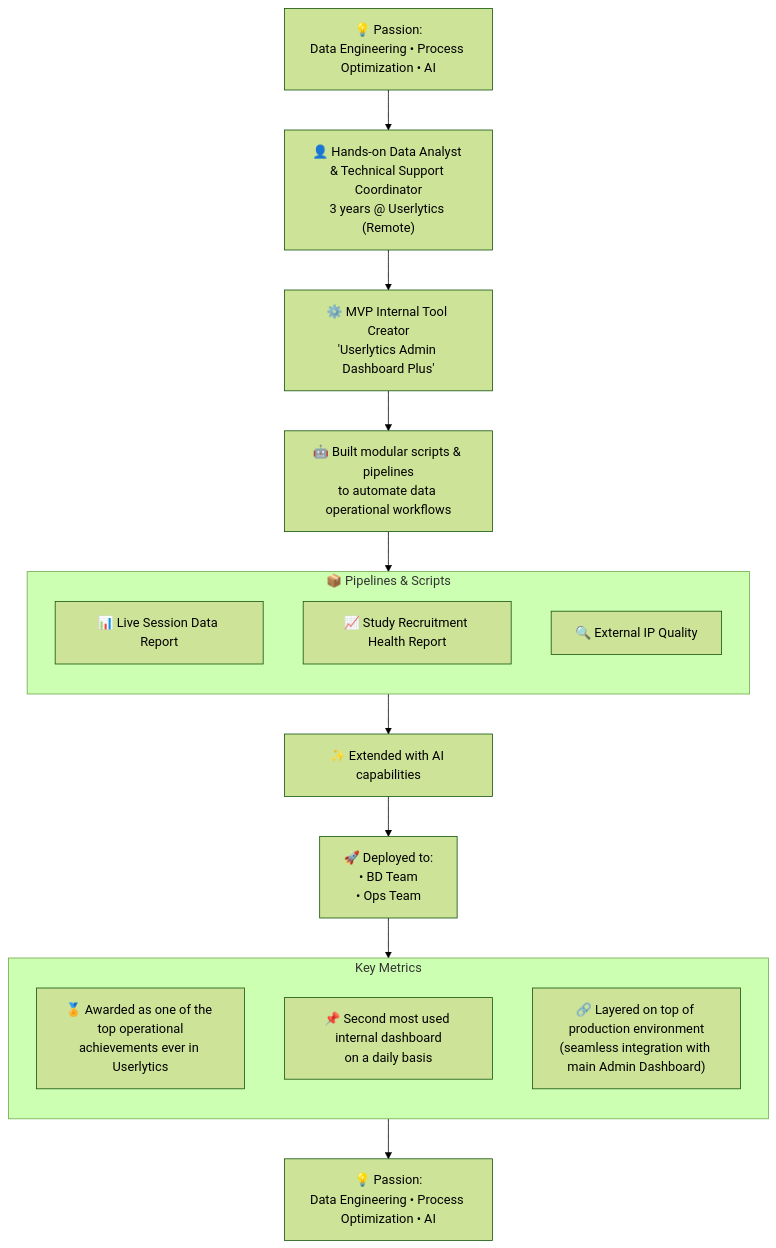
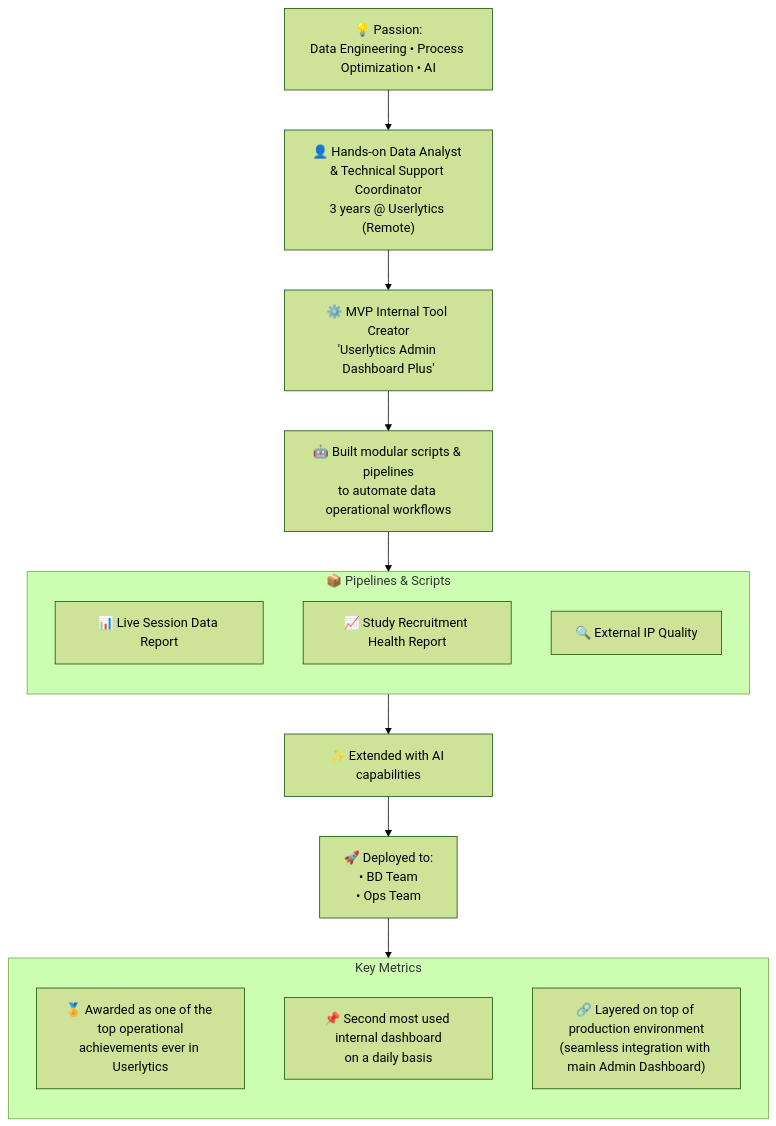
One commit to mimferpo/mimferpo changed the diagram in README.md. Above: the diagram before and after it, drawn with Mermaid (forest theme). The commit also changed other lines of this file, not shown here.

First line of the commit message:
Update README with career timeline and skills

````diff
--- a/README.md
+++ b/README.md
@@ -1,32 +93,30 @@
 ```mermaid
 flowchart TD
     P["💡 Passion:<br>Data Engineering • Process Optimization • AI"] --> A
 
     A["👤 Hands‑on Data Analyst & Technical Support Coordinator<br>3 years @ Userlytics (Remote)"] --> B
 
     B["⚙️ MVP Internal Tool Creator<br>'Userlytics Admin Dashboard Plus'"] --> C
 
     C["🤖 Built modular scripts & pipelines<br>to automate data operational workflows"] --> D
 
     subgraph D ["📦 Pipelines & Scripts"]
         direction TB
         D1["📊 Live Session Data Report"]
         D2["📈 Study Recruitment Health Report"]
         D3["🔍 External IP Quality"]
     end
 
     D --> E["✨ Extended with AI capabilities"]
 
     E --> F["🚀 Deployed to:<br>• BD Team<br>• Ops Team"]
 
     F --> G["🏆 Key Metrics"]
 
     subgraph G [Key Metrics]
         direction TB
         G1["🏅 Awarded as one of the top operational<br>achievements ever in Userlytics"]
         G2["📌 Second most used internal dashboard<br>on a daily basis"]
         G3["🔗 Layered on top of production environment<br>(seamless integration with main Admin Dashboard)"]
     end
-
-    G --> H["💡 Passion:<br>Data Engineering • Process Optimization • AI"]
 ```
````
